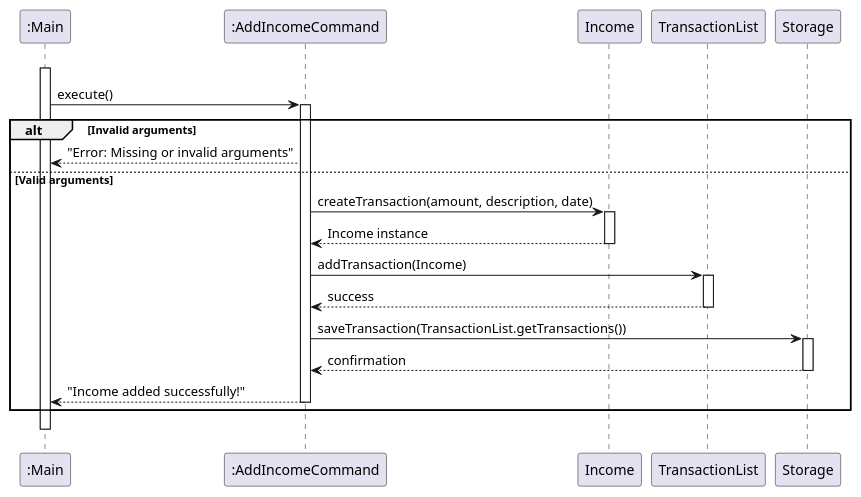
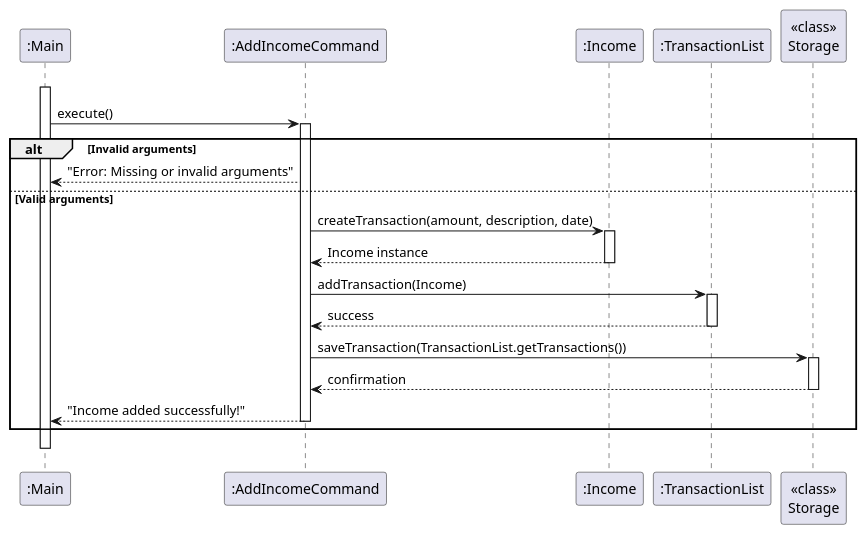
One commit to nus-cs2113-AY2425S1/tp changed the second of 2 diagrams in docs/plantUMLCode/addincomecommand-class-diagram.puml. Above: the diagram before and after it, drawn with PlantUML. The commit also changed 1 other file, not shown here.

Commit message:
Update diagram

```diff
--- a/docs/plantUMLCode/addincomecommand-class-diagram.puml
+++ b/docs/plantUMLCode/addincomecommand-class-diagram.puml
@@ -47,39 +47,39 @@
 @startuml
 participant ":Main" as User
 
 "User" -[hidden]> "User" :
 activate User
 
 participant ":AddIncomeCommand" as AddIncomeCmd
 User -> AddIncomeCmd: execute()
 activate AddIncomeCmd
 
 alt Invalid arguments
     AddIncomeCmd --> User: "Error: Missing or invalid arguments"
 else Valid arguments
-    participant "Income" as IncomeClass
+    participant ":Income" as IncomeClass
     AddIncomeCmd -> IncomeClass: createTransaction(amount, description, date)
     activate IncomeClass
     IncomeClass --> AddIncomeCmd: Income instance
     deactivate IncomeClass
 
-    participant "TransactionList" as TransList
+    participant ":TransactionList" as TransList
     AddIncomeCmd -> TransList: addTransaction(Income)
     activate TransList
     TransList --> AddIncomeCmd: success
     deactivate TransList
 
-    participant "Storage" as Storage
+    participant "<<class>>\nStorage" as Storage
     AddIncomeCmd -> Storage: saveTransaction(TransactionList.getTransactions())
     activate Storage
     Storage --> AddIncomeCmd: confirmation
     deactivate Storage
 
     AddIncomeCmd --> User: "Income added successfully!"
 deactivate AddIncomeCmd
 end
 
 "User" -[hidden]> "User" :
 deactivate User
 
 @enduml
```
